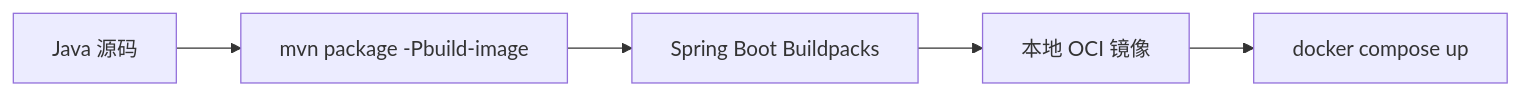
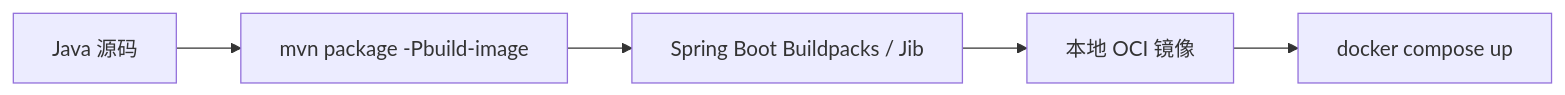
One commit to fanqingsong/sample-spring-microservices-new changed the third of 3 diagrams in demos/springboot3/readme.md. Above: the diagram before and after it, drawn with Mermaid. The commit also changed other lines of this file and 7 other files, not shown here.

````diff
--- a/demos/springboot3/readme.md
+++ b/demos/springboot3/readme.md
@@ -84,7 +85,7 @@
 ```mermaid
 flowchart LR
     Source[Java 源码] --> Maven[mvn package -Pbuild-image]
-    Maven --> Buildpack[Spring Boot Buildpacks]
+    Maven --> Buildpack[Spring Boot Buildpacks / Jib]
     Buildpack --> Images[本地 OCI 镜像]
     Images --> Compose[docker compose up]
 ```
````
